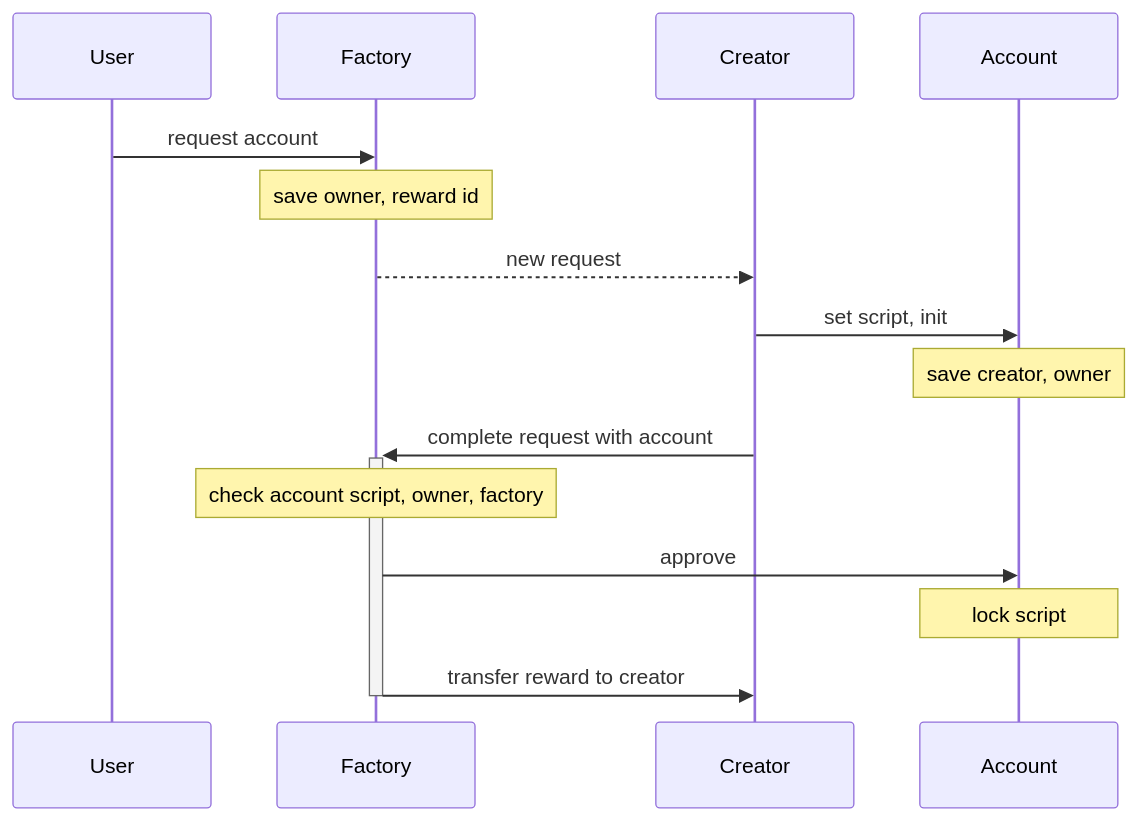
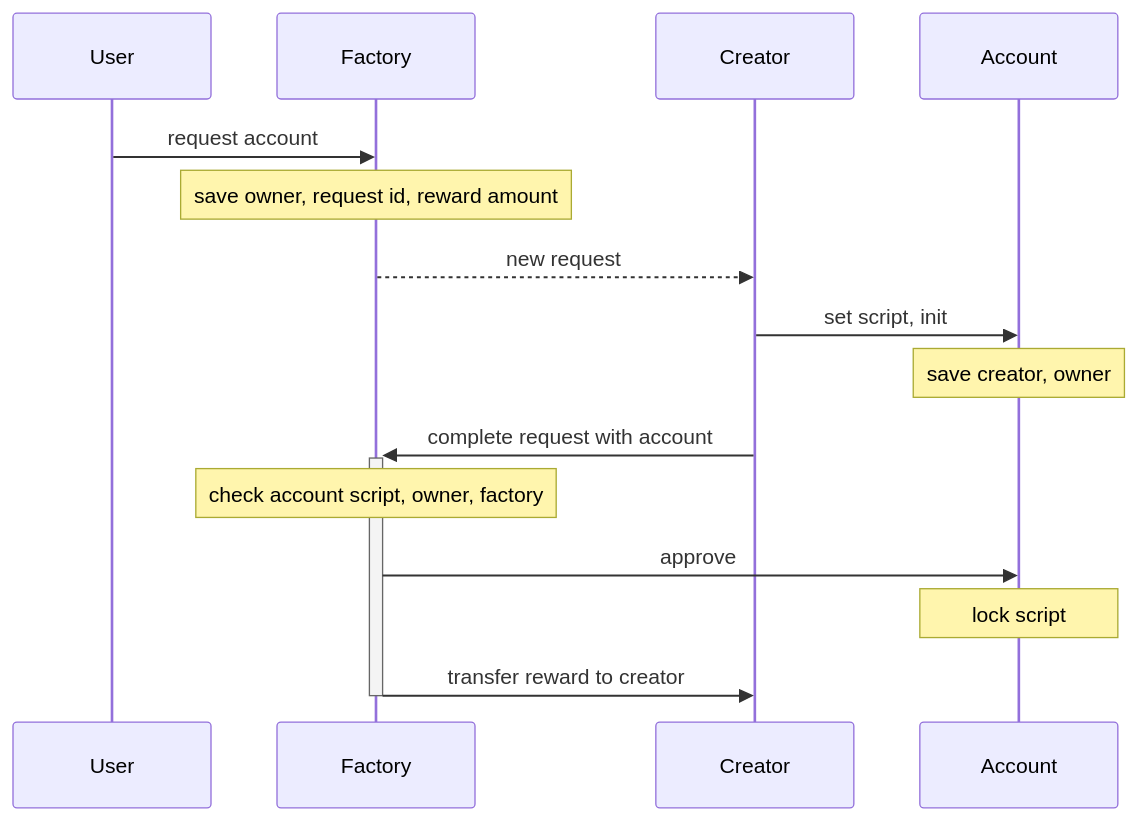
Before and after one commit to waves-exchange/contracts: the first of 2 diagrams in ride/grid-trading/info.md, drawn with Mermaid.

Commit message:
info update

````diff
--- a/ride/grid-trading/info.md
+++ b/ride/grid-trading/info.md
@@ -40,13 +40,13 @@
 ```mermaid
 sequenceDiagram
   User ->> Factory: request account
-  Note over Factory: save owner, reward id
+  Note over Factory: save owner, request id, reward amount
   Factory -->> Creator: new request
   Creator ->> Account: set script, init
   Note over Account: save creator, owner
   Creator ->>+ Factory: complete request with account
   Note over Factory: check account script, owner, factory
   Factory ->> Account: approve
   Note over Account: lock script
   Factory ->>- Creator: transfer reward to creator
 ```
````
